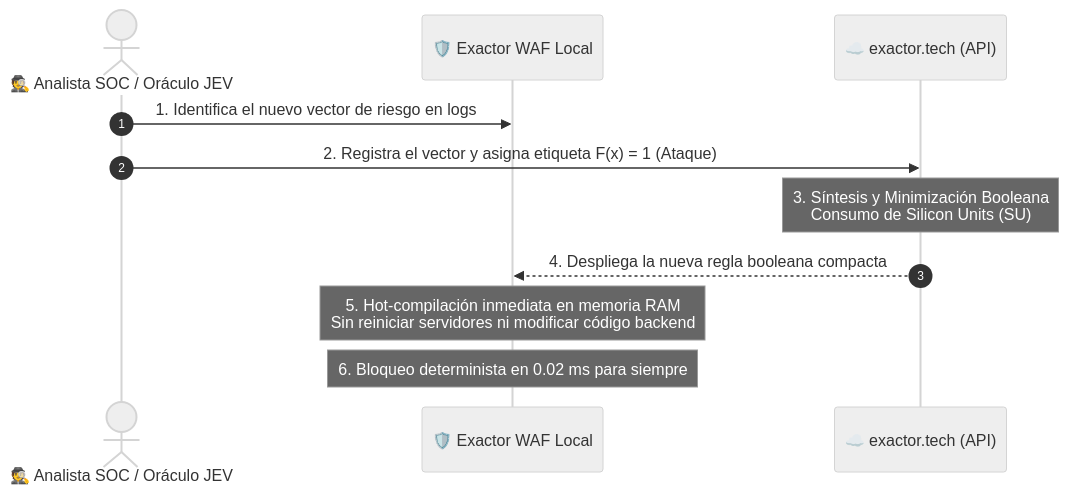
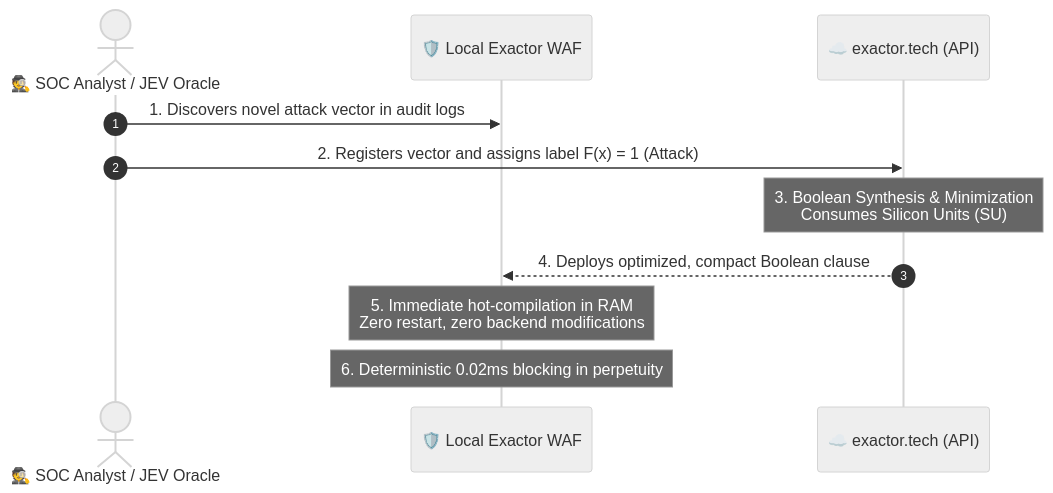
One commit to ExactorResearch/exactor-waf-guardian changed the second of 2 diagrams in AXIOMATIC_SUPERVISION_AND_SYNTHESIS.md. Above: the diagram before and after it, drawn with Mermaid (neutral theme). The commit also changed other lines of this file and 3 other files, not shown here.

````diff
--- a/AXIOMATIC_SUPERVISION_AND_SYNTHESIS.md
+++ b/AXIOMATIC_SUPERVISION_AND_SYNTHESIS.md
@@ -143,14 +144,14 @@
 ```mermaid
 sequenceDiagram
     autonumber
-    actor Analista as 🕵️ Analista SOC / Oráculo JEV
-    participant WAF as 🛡️ Exactor WAF Local
+    actor Analyst as 🕵️ SOC Analyst / JEV Oracle
+    participant WAF as 🛡️ Local Exactor WAF
     participant Cloud as ☁️ exactor.tech (API)
 
-    Analista->>WAF: 1. Identifica el nuevo vector de riesgo en logs
-    Analista->>Cloud: 2. Registra el vector y asigna etiqueta F(x) = 1 (Ataque)
-    Note over Cloud: 3. Síntesis y Minimización Booleana<br/>Consumo de Silicon Units (SU)
-    Cloud-->>WAF: 4. Despliega la nueva regla booleana compacta
-    Note over WAF: 5. Hot-compilación inmediata en memoria RAM<br/>Sin reiniciar servidores ni modificar código backend
-    Note over WAF: 6. Bloqueo determinista en 0.02 ms para siempre
+    Analyst->>WAF: 1. Discovers novel attack vector in audit logs
+    Analyst->>Cloud: 2. Registers vector and assigns label F(x) = 1 (Attack)
+    Note over Cloud: 3. Boolean Synthesis & Minimization<br/>Consumes Silicon Units (SU)
+    Cloud-->>WAF: 4. Deploys optimized, compact Boolean clause
+    Note over WAF: 5. Immediate hot-compilation in RAM<br/>Zero restart, zero backend modifications
+    Note over WAF: 6. Deterministic 0.02ms blocking in perpetuity
 ```
````
